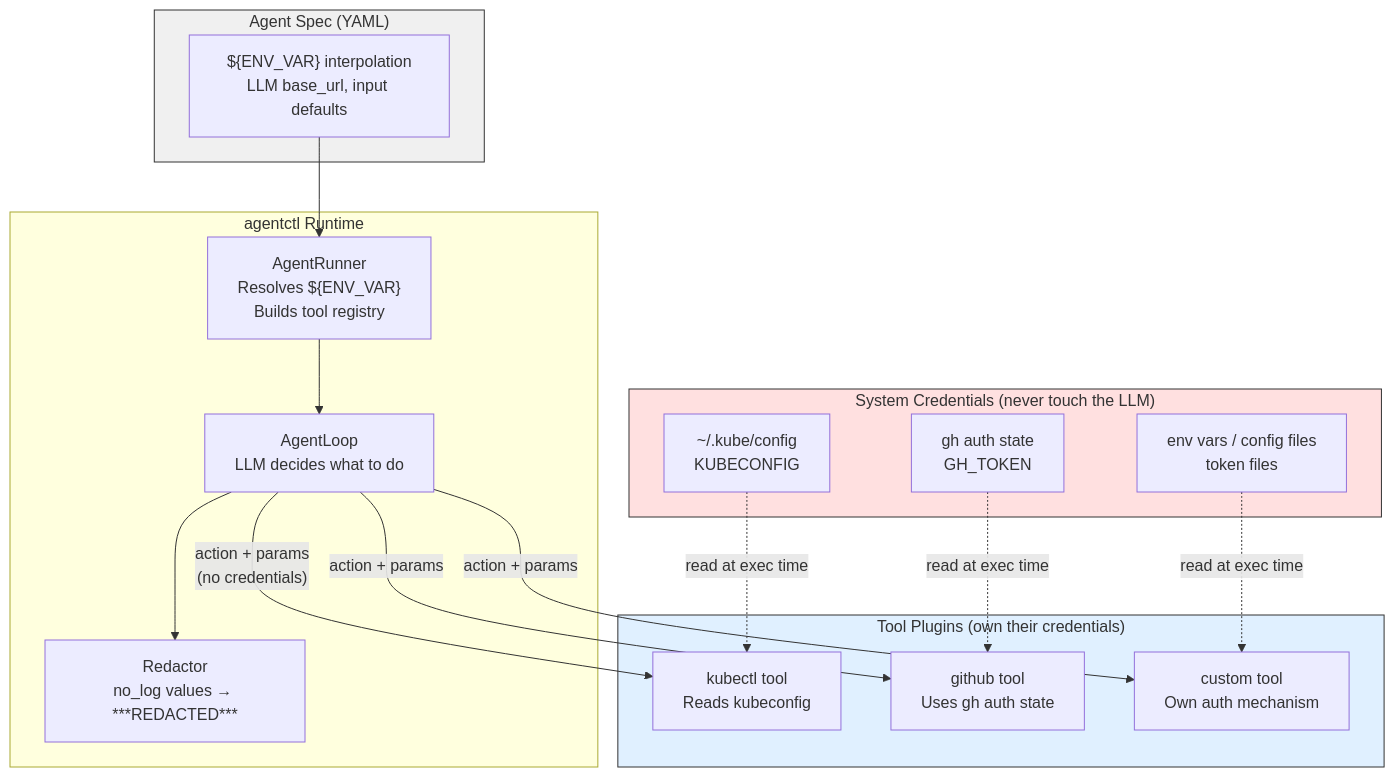
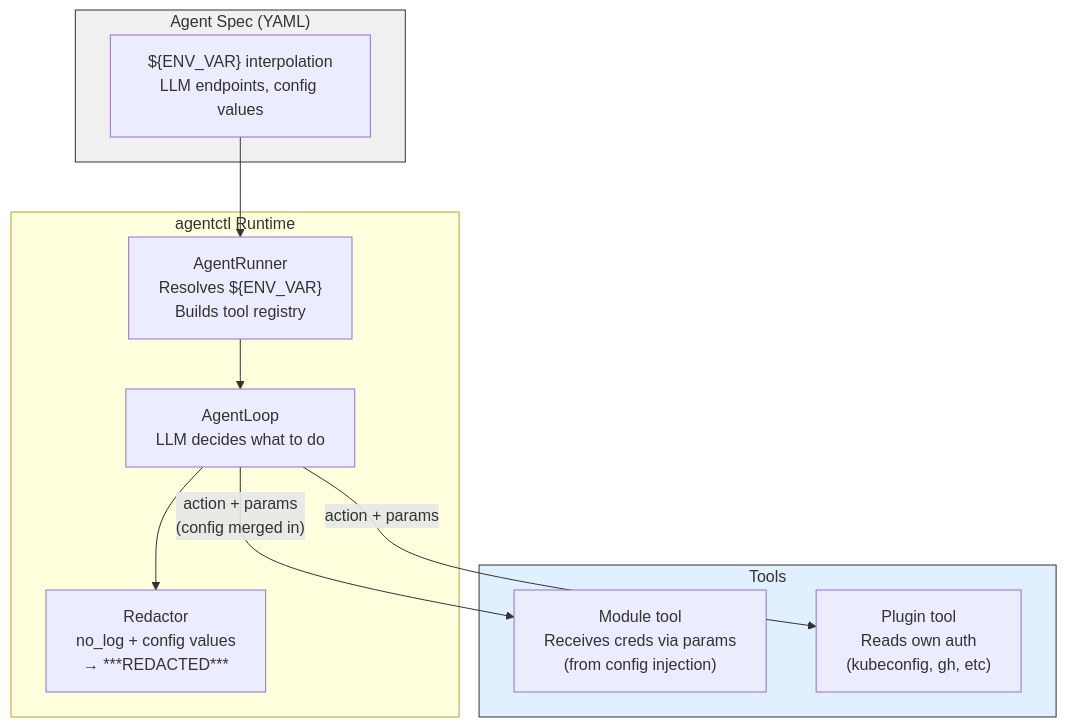
Before and after one commit to jangel97/operon: the fifth of 6 diagrams in docs/architecture.md, drawn with Mermaid. The commit also changed other lines of this file and 7 other files, not shown here.

````diff
--- a/docs/architecture.md
+++ b/docs/architecture.md
@@ -151,39 +243,26 @@
 ```mermaid
 flowchart TD
     subgraph AGENT_SPEC ["Agent Spec (YAML)"]
-        ENV_INTERP["${ENV_VAR} interpolation\nLLM base_url, input defaults"]
+        ENV_INTERP["${ENV_VAR} interpolation\nLLM endpoints, config values"]
     end
 
     subgraph RUNTIME ["agentctl Runtime"]
         RUNNER["AgentRunner\nResolves ${ENV_VAR}\nBuilds tool registry"]
         LOOP["AgentLoop\nLLM decides what to do"]
-        REDACTOR["Redactor\nno_log values → ***REDACTED***"]
+        REDACTOR["Redactor\nno_log + config values\n→ ***REDACTED***"]
     end
 
-    subgraph TOOLS ["Tool Plugins (own their credentials)"]
-        KUBECTL["kubectl tool\nReads kubeconfig"]
-        GITHUB["github tool\nUses gh auth state"]
-        CUSTOM["custom tool\nOwn auth mechanism"]
-    end
-
-    subgraph CREDS ["System Credentials (never touch the LLM)"]
-        KUBECONFIG["~/.kube/config\nKUBECONFIG"]
-        GH_AUTH["gh auth state\nGH_TOKEN"]
-        CUSTOM_CRED["env vars / config files\ntoken files"]
+    subgraph TOOLS ["Tools"]
+        MODULE["Module tool\nReceives creds via params\n(from config injection)"]
+        PLUGIN["Plugin tool\nReads own auth\n(kubeconfig, gh, etc)"]
     end
 
     ENV_INTERP --> RUNNER
     RUNNER --> LOOP
-    LOOP -->|"action + params\n(no credentials)"| KUBECTL
-    LOOP -->|"action + params"| GITHUB
-    LOOP -->|"action + params"| CUSTOM
+    LOOP -->|"action + params\n(config merged in)"| MODULE
+    LOOP -->|"action + params"| PLUGIN
     LOOP --> REDACTOR
 
-    KUBECONFIG -.->|"read at exec time"| KUBECTL
-    GH_AUTH -.->|"read at exec time"| GITHUB
-    CUSTOM_CRED -.->|"read at exec time"| CUSTOM
-
-    style CREDS fill:#ffe0e0,stroke:#333
     style TOOLS fill:#e0f0ff,stroke:#333
     style AGENT_SPEC fill:#f0f0f0,stroke:#333
 ```
````
